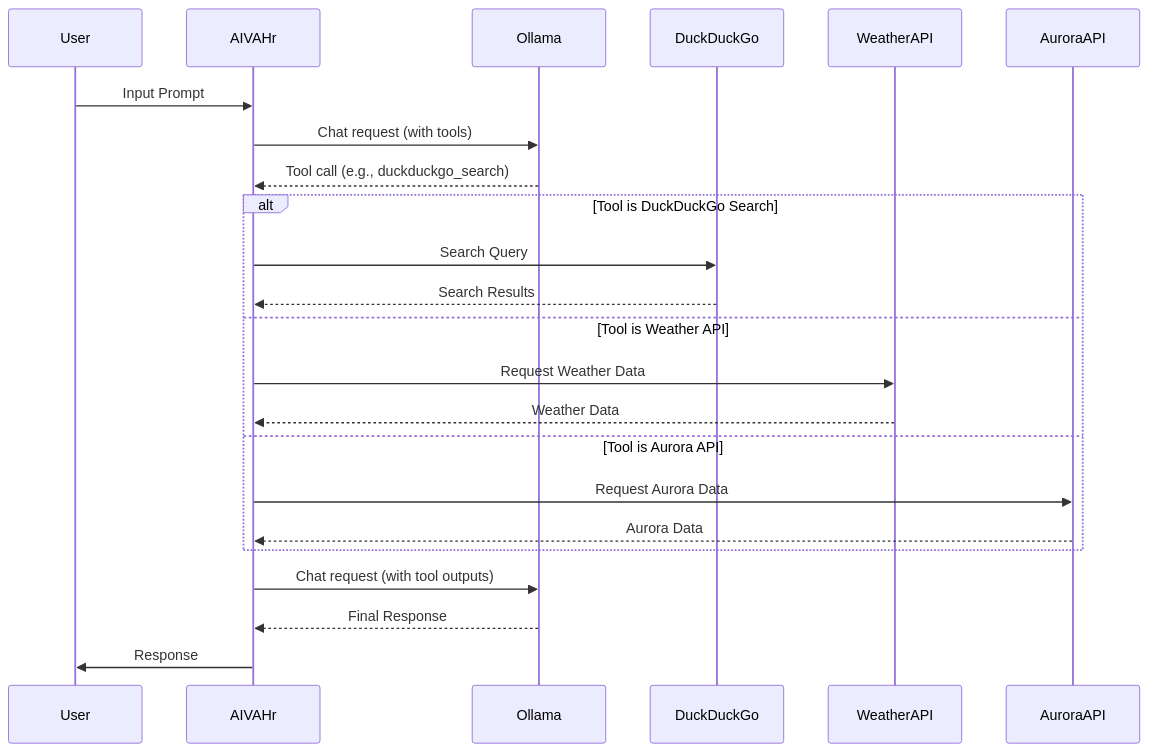
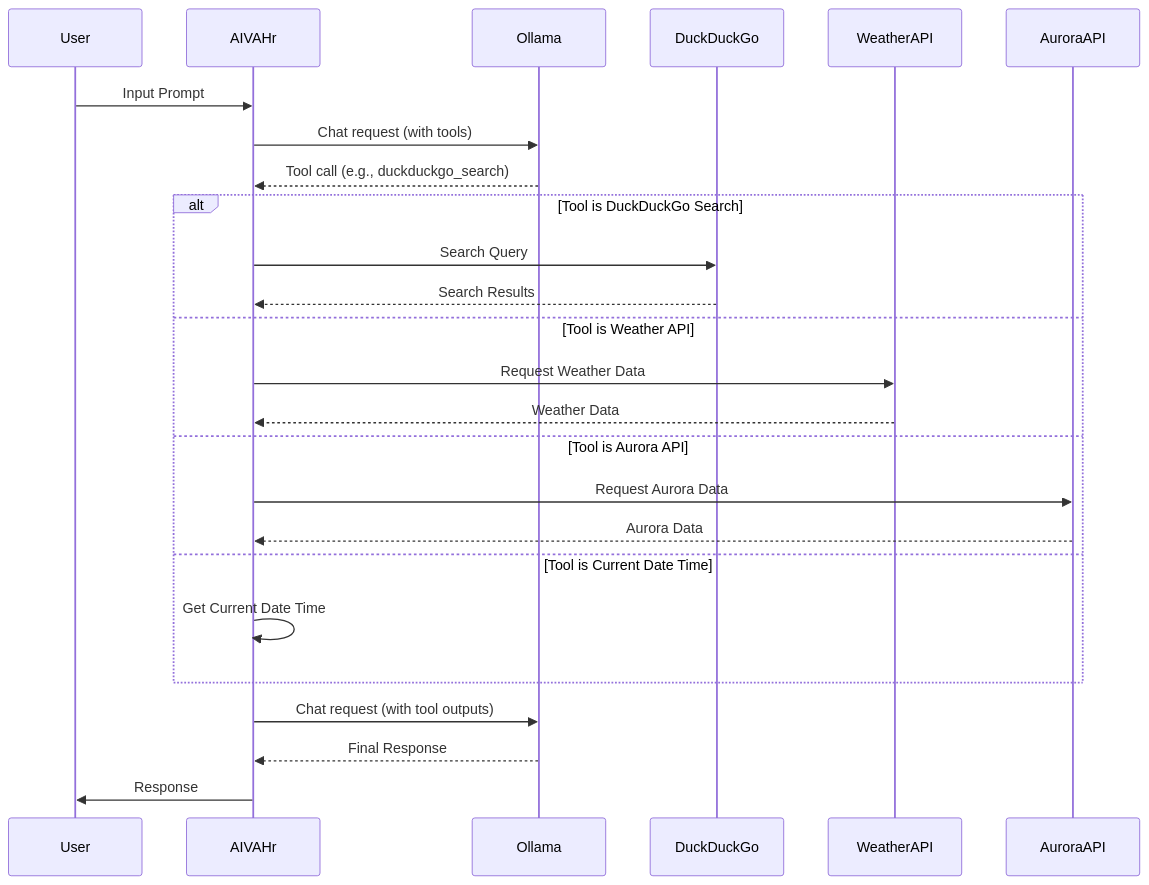
The diagram in README.md (OppaAI/Amazing.Grace.iteration), drawn with Mermaid before and after one commit. The commit also changed other lines of this file, not shown here.

````diff
--- a/README.md
+++ b/README.md
@@ -109,26 +111,28 @@
 ```mermaid
 sequenceDiagram
     participant User
     participant AIVAHr
     participant Ollama
     participant DuckDuckGo
     participant WeatherAPI
     participant AuroraAPI
 
     User->>AIVAHr: Input Prompt
     AIVAHr->>Ollama: Chat request (with tools)
     Ollama-->>AIVAHr: Tool call (e.g., duckduckgo_search)
     alt Tool is DuckDuckGo Search
         AIVAHr->>DuckDuckGo: Search Query
         DuckDuckGo-->>AIVAHr: Search Results
     else Tool is Weather API
         AIVAHr->>WeatherAPI: Request Weather Data
         WeatherAPI-->>AIVAHr: Weather Data
     else Tool is Aurora API
         AIVAHr->>AuroraAPI: Request Aurora Data
         AuroraAPI-->>AIVAHr: Aurora Data
+	else Tool is Current Date Time
+        AIVAHr->>AIVAHr: Get Current Date Time
     end
     AIVAHr->>Ollama: Chat request (with tool outputs)
     Ollama-->>AIVAHr: Final Response
     AIVAHr->>User: Response
 ```
````
